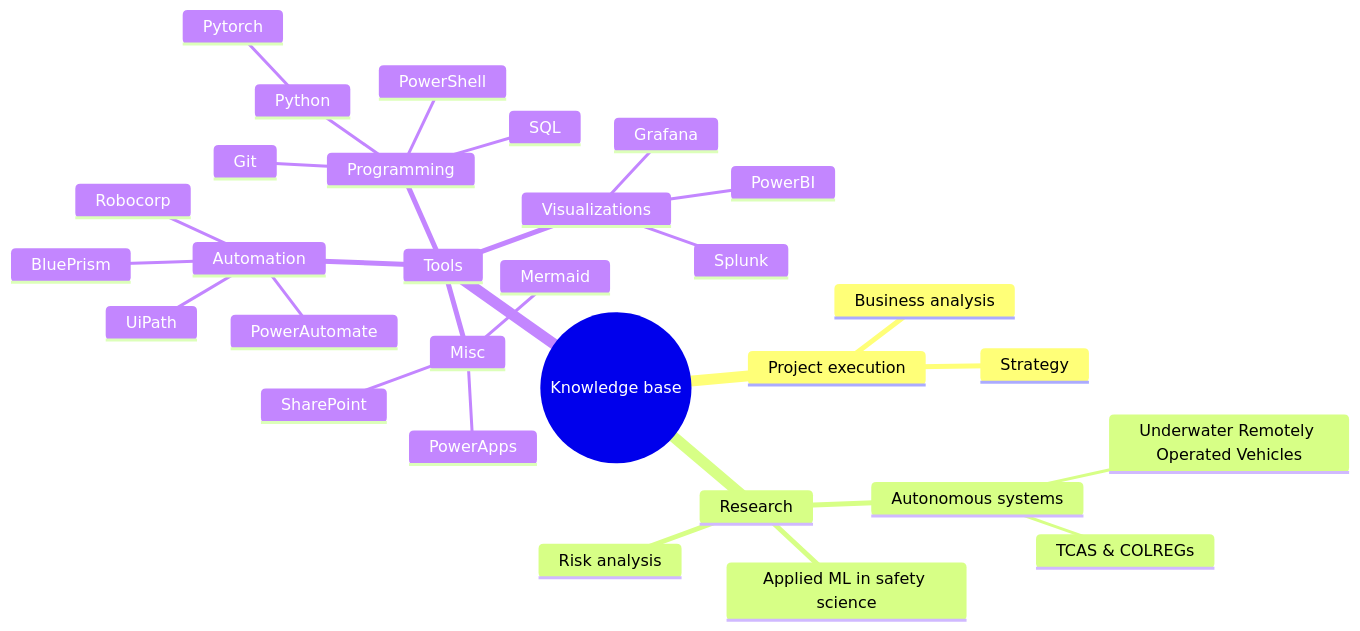
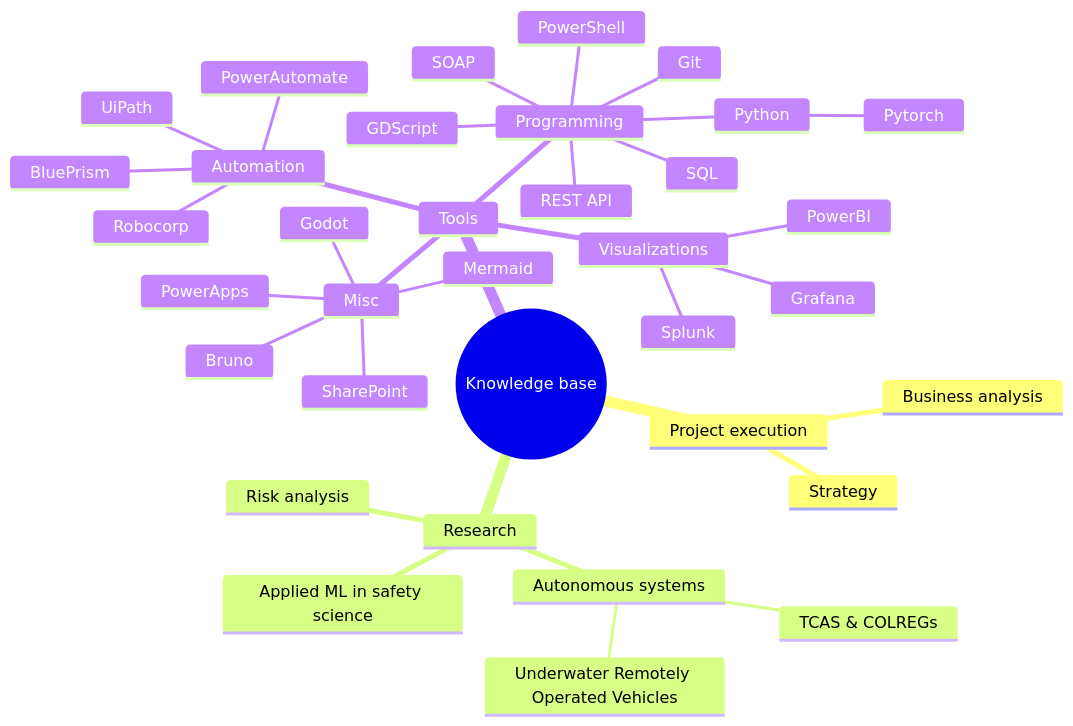
The diagram in _tabs/about.md (jeev20/jeev20.github.io), drawn with Mermaid before and after one commit. The commit also changed 6 other files, not shown here.

````diff
--- a/_tabs/about.md
+++ b/_tabs/about.md
@@ -19,35 +19,40 @@
 ```mermaid
 mindmap
   root((Knowledge base))
     Project execution
         Business analysis
         Strategy
     Research
       Risk analysis
       Autonomous systems
         Underwater Remotely Operated Vehicles
         TCAS & COLREGs
       Applied ML in safety science
     Tools
       Automation
         UiPath
         PowerAutomate
         BluePrism
         Robocorp
       Misc
         Mermaid
         SharePoint
         PowerApps
+        Godot
+        Bruno
       Programming
         Python
          Pytorch
         SQL
         PowerShell
         Git
+        GDScript
+        REST API
+        SOAP
       Visualizations
         Splunk
         PowerBI
         Grafana
       
       
 ```
````
